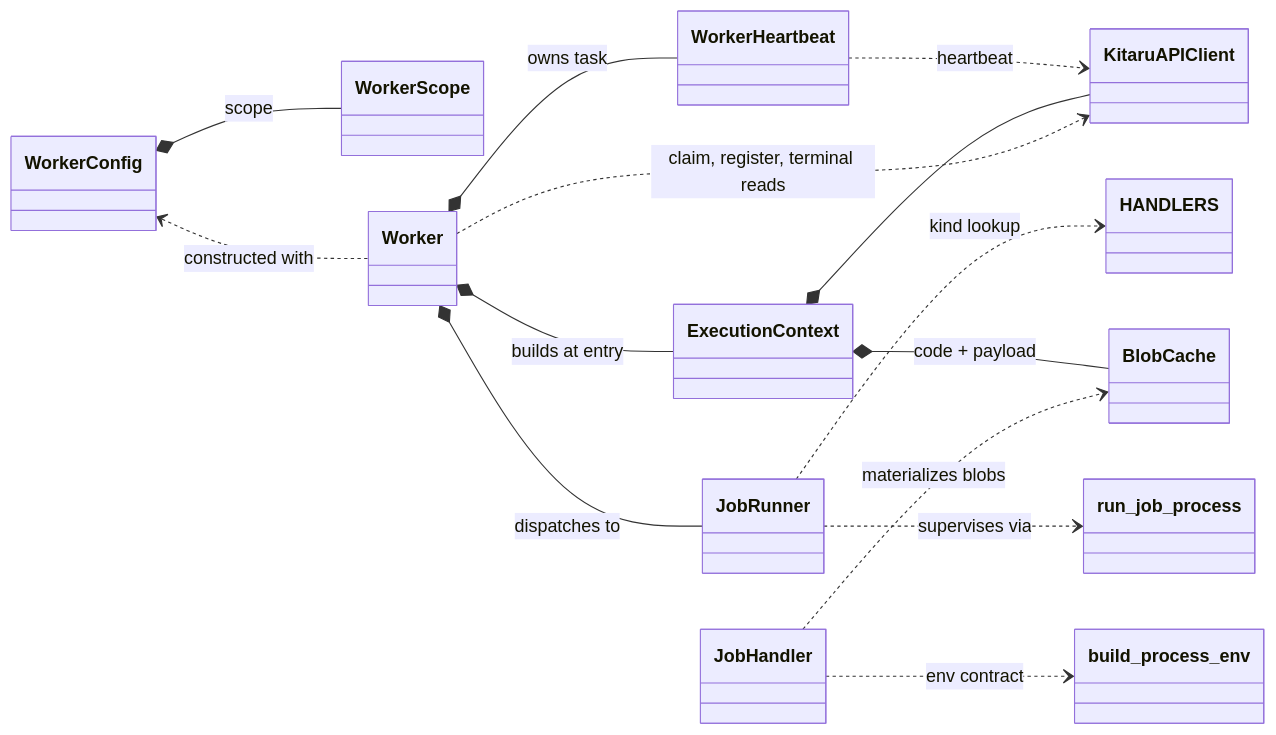
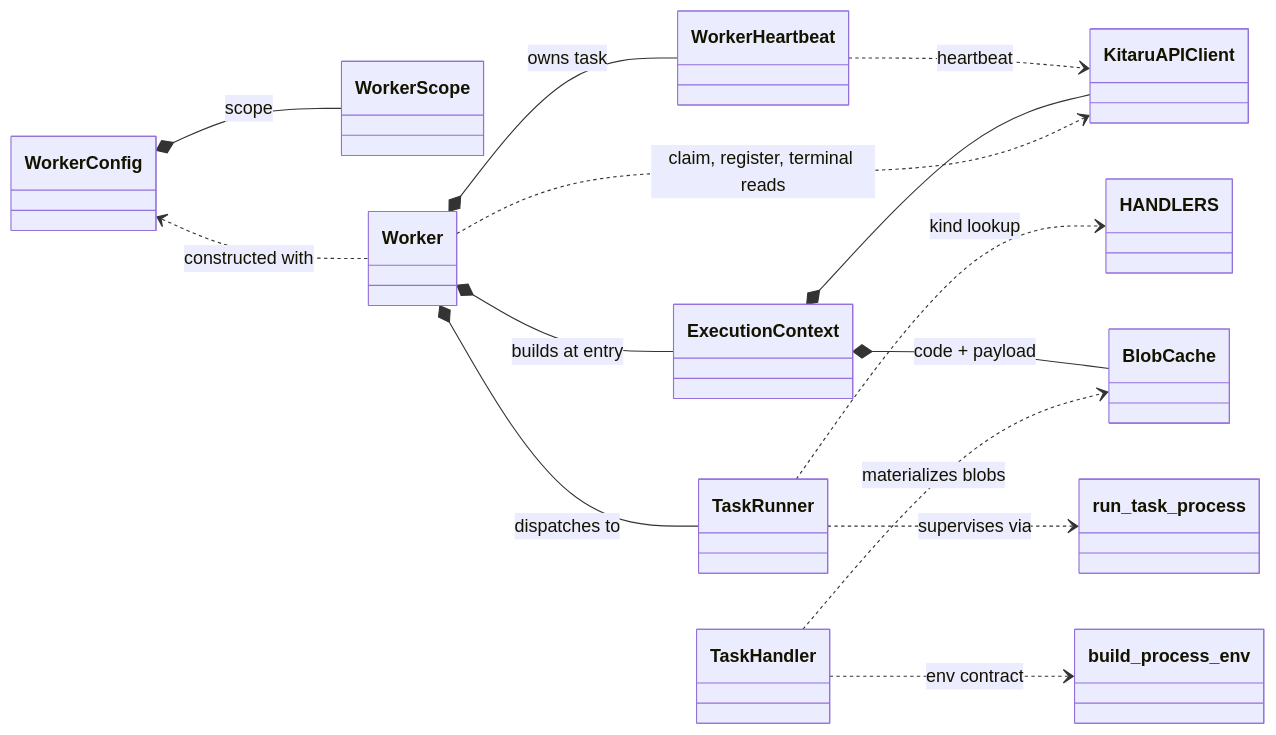
The diagram in spec/v2/worker.md (zenml-io/kitaru), drawn with Mermaid before and after one commit. The commit also changed other lines of this file and 4 other files, not shown here.

````diff
--- a/spec/v2/worker.md
+++ b/spec/v2/worker.md
@@ -331,17 +334,17 @@
 ```mermaid
 classDiagram
     direction LR
     WorkerConfig *-- WorkerScope : scope
     WorkerConfig <.. Worker : constructed with
     Worker *-- ExecutionContext : builds at entry
     Worker *-- WorkerHeartbeat : owns task
-    Worker *-- JobRunner : dispatches to
+    Worker *-- TaskRunner : dispatches to
     Worker ..> KitaruAPIClient : claim, register, terminal reads
-    JobRunner ..> HANDLERS : kind lookup
-    JobRunner ..> run_job_process : supervises via
-    JobHandler ..> BlobCache : materializes blobs
-    JobHandler ..> build_process_env : env contract
+    TaskRunner ..> HANDLERS : kind lookup
+    TaskRunner ..> run_task_process : supervises via
+    TaskHandler ..> BlobCache : materializes blobs
+    TaskHandler ..> build_process_env : env contract
     ExecutionContext *-- KitaruAPIClient
     ExecutionContext *-- BlobCache : code + payload
     WorkerHeartbeat ..> KitaruAPIClient : heartbeat
 ```
````
